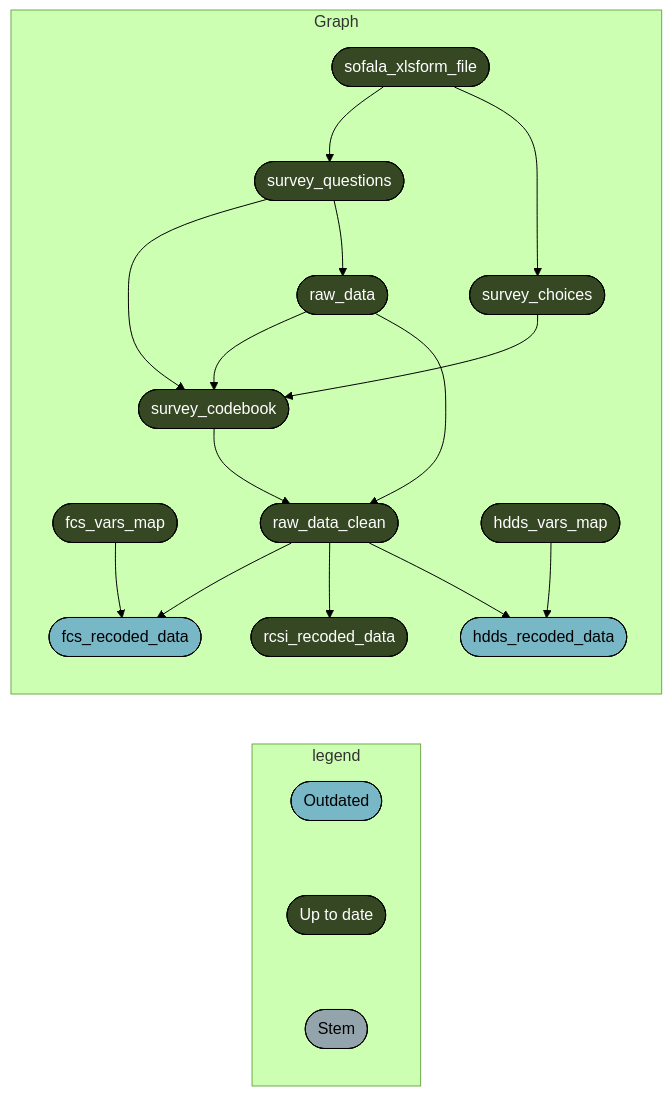
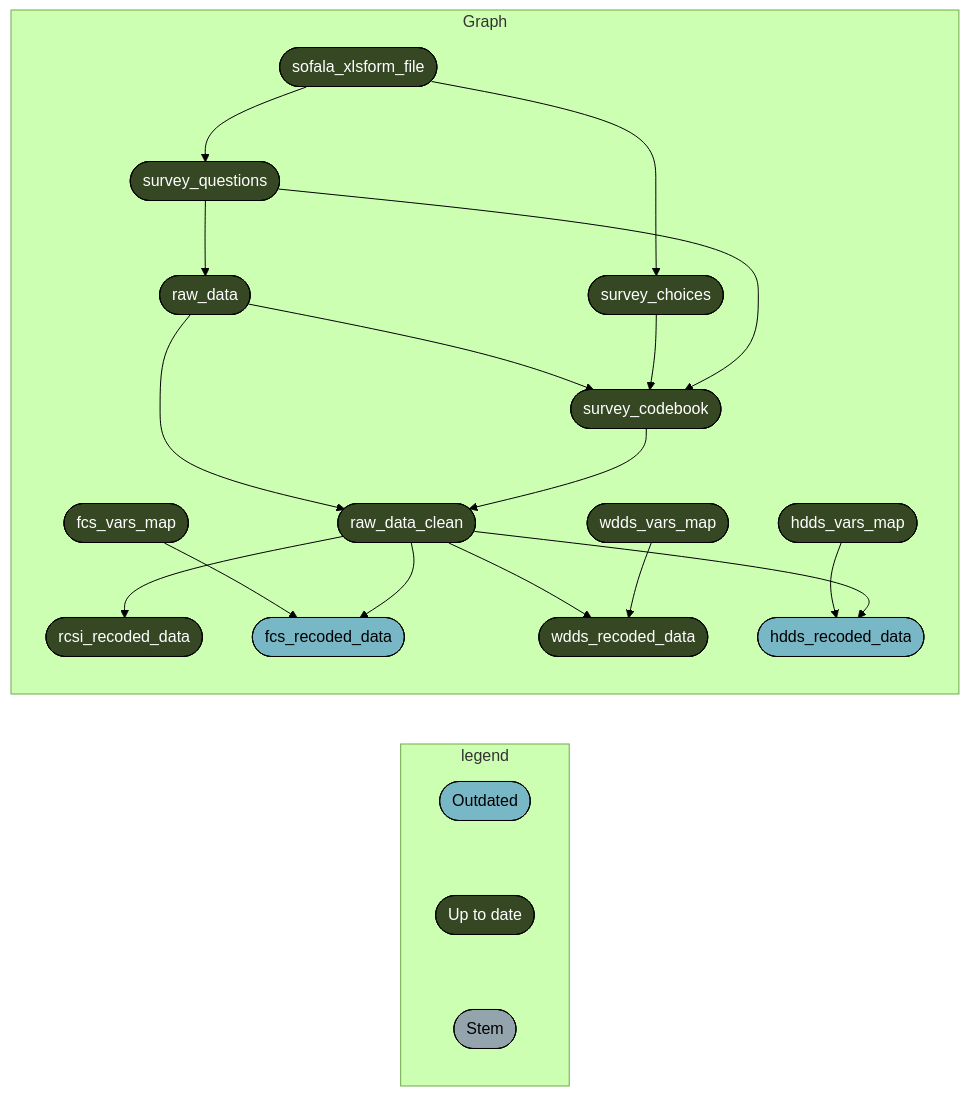
Before and after one commit to katilingban/mozambique-s3m: the second of 2 diagrams in README.md, drawn with Mermaid (forest theme).

````diff
--- a/README.md
+++ b/README.md
@@ -58,27 +58,29 @@
 ``` mermaid
 graph LR
   subgraph legend
     x0a52b03877696646([""Outdated""]):::outdated --- x7420bd9270f8d27d([""Up to date""]):::uptodate
     x7420bd9270f8d27d([""Up to date""]):::uptodate --- xbf4603d6c2c2ad6b([""Stem""]):::none
   end
   subgraph Graph
+    x09e58614f2343db8(["raw_data_clean"]):::uptodate --> x9db0983be8f9a87e(["rcsi_recoded_data"]):::uptodate
+    x6d5a6a038d8cf062(["fcs_vars_map"]):::uptodate --> x710620555a048954(["fcs_recoded_data"]):::outdated
+    x09e58614f2343db8(["raw_data_clean"]):::uptodate --> x710620555a048954(["fcs_recoded_data"]):::outdated
+    x09e58614f2343db8(["raw_data_clean"]):::uptodate --> x89dfb95fe8e44cfd(["wdds_recoded_data"]):::uptodate
+    xf222f81b7d734901(["wdds_vars_map"]):::uptodate --> x89dfb95fe8e44cfd(["wdds_recoded_data"]):::uptodate
+    xd946f9fb4faff97c(["hdds_vars_map"]):::uptodate --> x5f4e9e79af1e1472(["hdds_recoded_data"]):::outdated
+    x09e58614f2343db8(["raw_data_clean"]):::uptodate --> x5f4e9e79af1e1472(["hdds_recoded_data"]):::outdated
+    x136e4e85e6851637(["raw_data"]):::uptodate --> x09e58614f2343db8(["raw_data_clean"]):::uptodate
+    xfcfc1959dbba8ed3(["survey_codebook"]):::uptodate --> x09e58614f2343db8(["raw_data_clean"]):::uptodate
+    x0c65864d89dfd824(["survey_questions"]):::uptodate --> x136e4e85e6851637(["raw_data"]):::uptodate
     x136e4e85e6851637(["raw_data"]):::uptodate --> xfcfc1959dbba8ed3(["survey_codebook"]):::uptodate
     x5aed27afbde18e19(["survey_choices"]):::uptodate --> xfcfc1959dbba8ed3(["survey_codebook"]):::uptodate
     x0c65864d89dfd824(["survey_questions"]):::uptodate --> xfcfc1959dbba8ed3(["survey_codebook"]):::uptodate
+    x52eeb21c389d52d8(["sofala_xlsform_file"]):::uptodate --> x5aed27afbde18e19(["survey_choices"]):::uptodate
     x52eeb21c389d52d8(["sofala_xlsform_file"]):::uptodate --> x0c65864d89dfd824(["survey_questions"]):::uptodate
-    x0c65864d89dfd824(["survey_questions"]):::uptodate --> x136e4e85e6851637(["raw_data"]):::uptodate
-    x52eeb21c389d52d8(["sofala_xlsform_file"]):::uptodate --> x5aed27afbde18e19(["survey_choices"]):::uptodate
-    x6d5a6a038d8cf062(["fcs_vars_map"]):::uptodate --> x710620555a048954(["fcs_recoded_data"]):::outdated
-    x09e58614f2343db8(["raw_data_clean"]):::uptodate --> x710620555a048954(["fcs_recoded_data"]):::outdated
-    x09e58614f2343db8(["raw_data_clean"]):::uptodate --> x9db0983be8f9a87e(["rcsi_recoded_data"]):::uptodate
-    x136e4e85e6851637(["raw_data"]):::uptodate --> x09e58614f2343db8(["raw_data_clean"]):::uptodate
-    xfcfc1959dbba8ed3(["survey_codebook"]):::uptodate --> x09e58614f2343db8(["raw_data_clean"]):::uptodate
-    xd946f9fb4faff97c(["hdds_vars_map"]):::uptodate --> x5f4e9e79af1e1472(["hdds_recoded_data"]):::outdated
-    x09e58614f2343db8(["raw_data_clean"]):::uptodate --> x5f4e9e79af1e1472(["hdds_recoded_data"]):::outdated
   end
   classDef outdated stroke:#000000,color:#000000,fill:#78B7C5;
   classDef uptodate stroke:#000000,color:#ffffff,fill:#354823;
   classDef none stroke:#000000,color:#000000,fill:#94a4ac;
   linkStyle 0 stroke-width:0px;
   linkStyle 1 stroke-width:0px;
 ```
````
